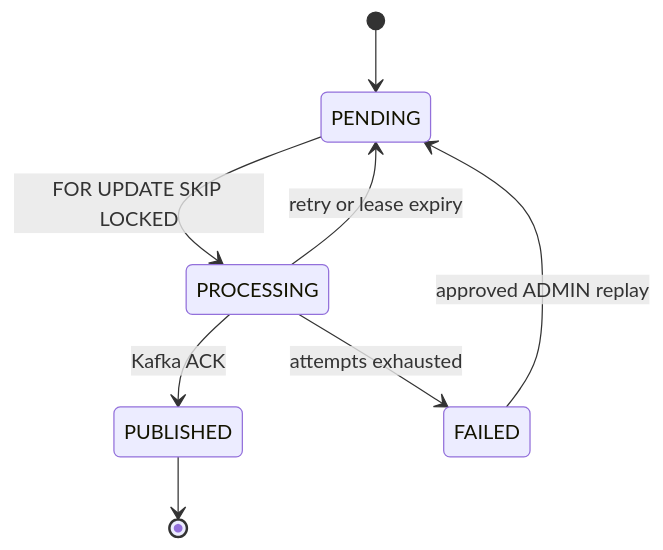
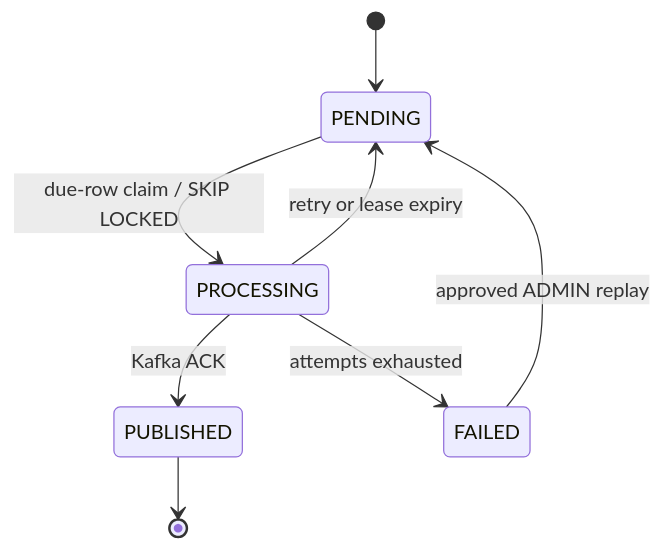
The second of 4 diagrams in README.md (ravan-chuang/spring-boot-ecommerce-backend), drawn with Mermaid before and after one commit. The commit also changed other lines of this file and 2 other files, not shown here.

````diff
--- a/README.md
+++ b/README.md
@@ -129,10 +126,10 @@
 ```mermaid
 stateDiagram-v2
     [*] --> PENDING
-    PENDING --> PROCESSING: FOR UPDATE SKIP LOCKED
+    PENDING --> PROCESSING: due-row claim / SKIP LOCKED
     PROCESSING --> PUBLISHED: Kafka ACK
     PROCESSING --> PENDING: retry or lease expiry
     PROCESSING --> FAILED: attempts exhausted
     FAILED --> PENDING: approved ADMIN replay
     PUBLISHED --> [*]
 ```
````
